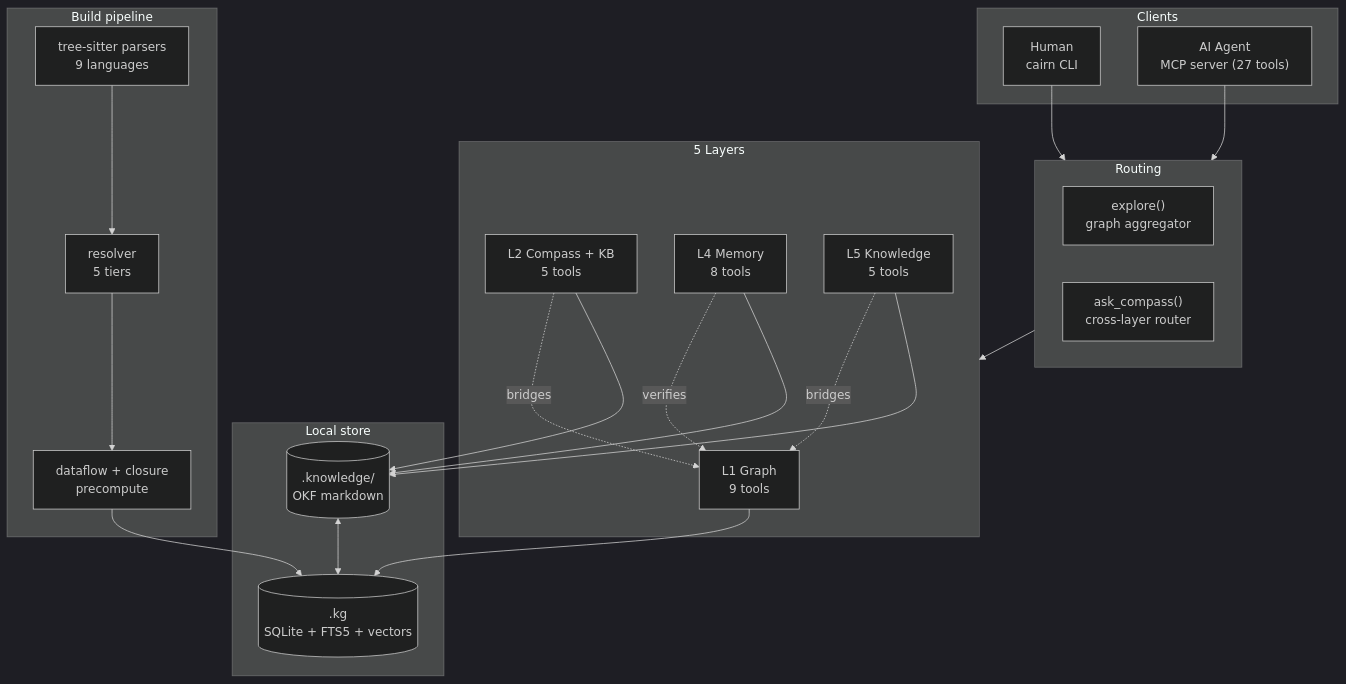
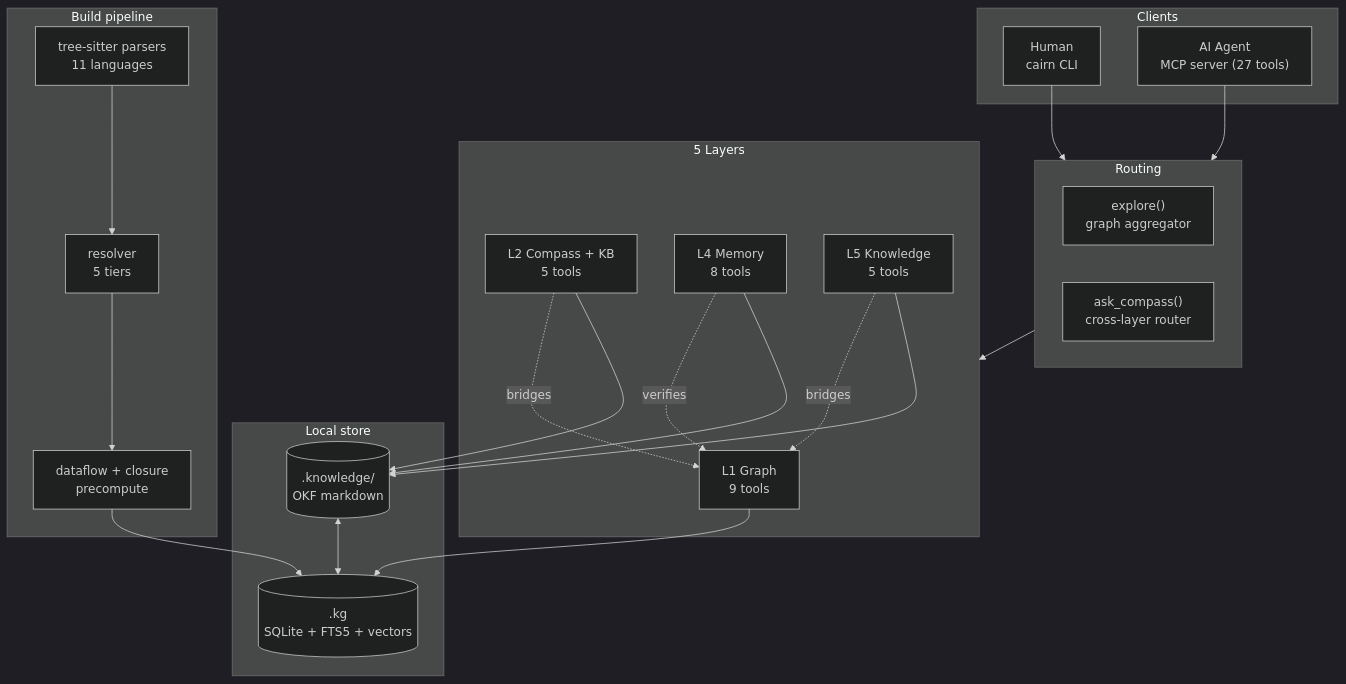
The first of 11 diagrams in docs/architecture-overview.md (tanlnm512/cairn), drawn with Mermaid (dark theme) before and after one commit. The commit also changed other lines of this file and 7 other files, not shown here.

````diff
--- a/docs/architecture-overview.md
+++ b/docs/architecture-overview.md
@@ -29,43 +29,43 @@
 ```mermaid
 flowchart TB
     subgraph Clients["Clients"]
         H["Human<br/>cairn CLI"]
         A["AI Agent<br/>MCP server (27 tools)"]
     end
 
     subgraph Router["Routing"]
         EX["explore()<br/>graph aggregator"]
         AC["ask_compass()<br/>cross-layer router"]
     end
 
     subgraph Layers["5 Layers"]
         L1["L1 Graph<br/>9 tools"]
         L2["L2 Compass + KB<br/>5 tools"]
         L4["L4 Memory<br/>8 tools"]
         L5["L5 Knowledge<br/>5 tools"]
     end
 
     subgraph Store["Local store"]
         DB[(".kg<br/>SQLite + FTS5 + vectors")]
         KB[(".knowledge/<br/>OKF markdown")]
     end
 
     subgraph Build["Build pipeline"]
-        P["tree-sitter parsers<br/>9 languages"]
+        P["tree-sitter parsers<br/>11 languages"]
         R["resolver<br/>5 tiers"]
         D["dataflow + closure<br/>precompute"]
     end
 
     H --> Router
     A --> Router
     Router --> Layers
     L1 --> DB
     L2 --> KB
     L2 -.bridges.-> L1
     L4 --> KB
     L4 -.verifies.-> L1
     L5 --> KB
     L5 -.bridges.-> L1
     P --> R --> D --> DB
     KB <--> DB
 ```
````
